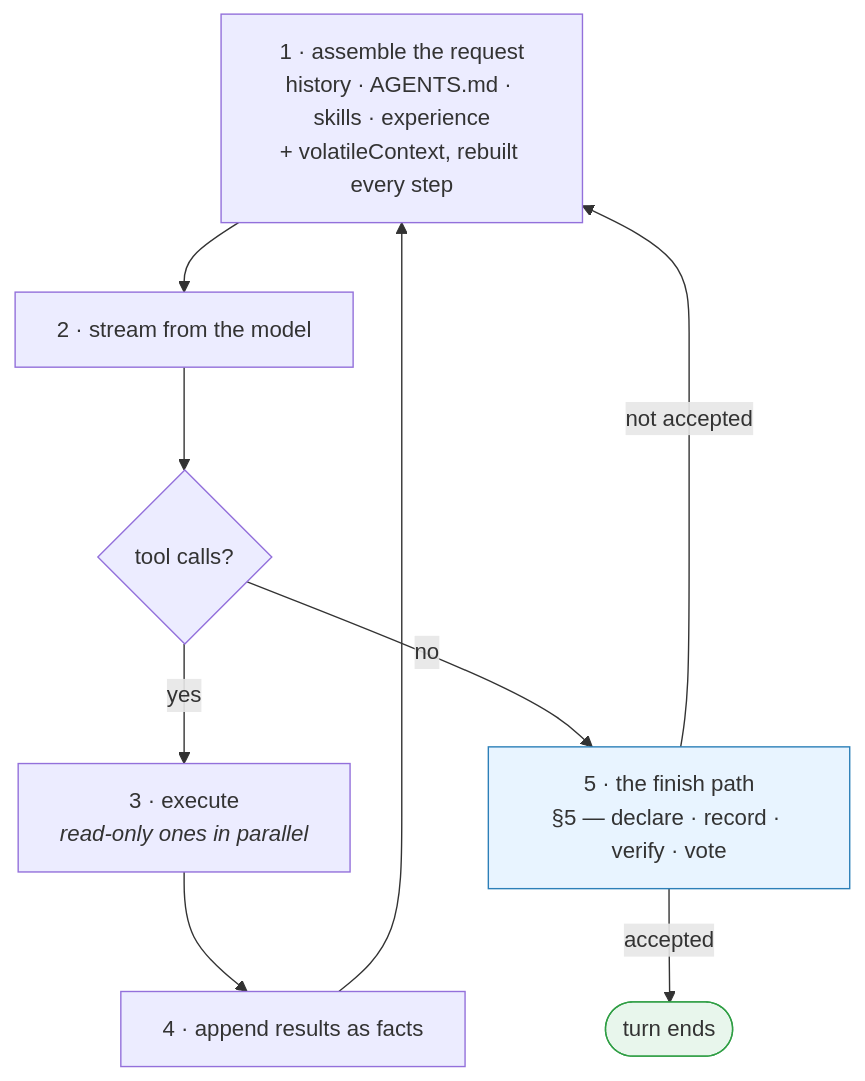
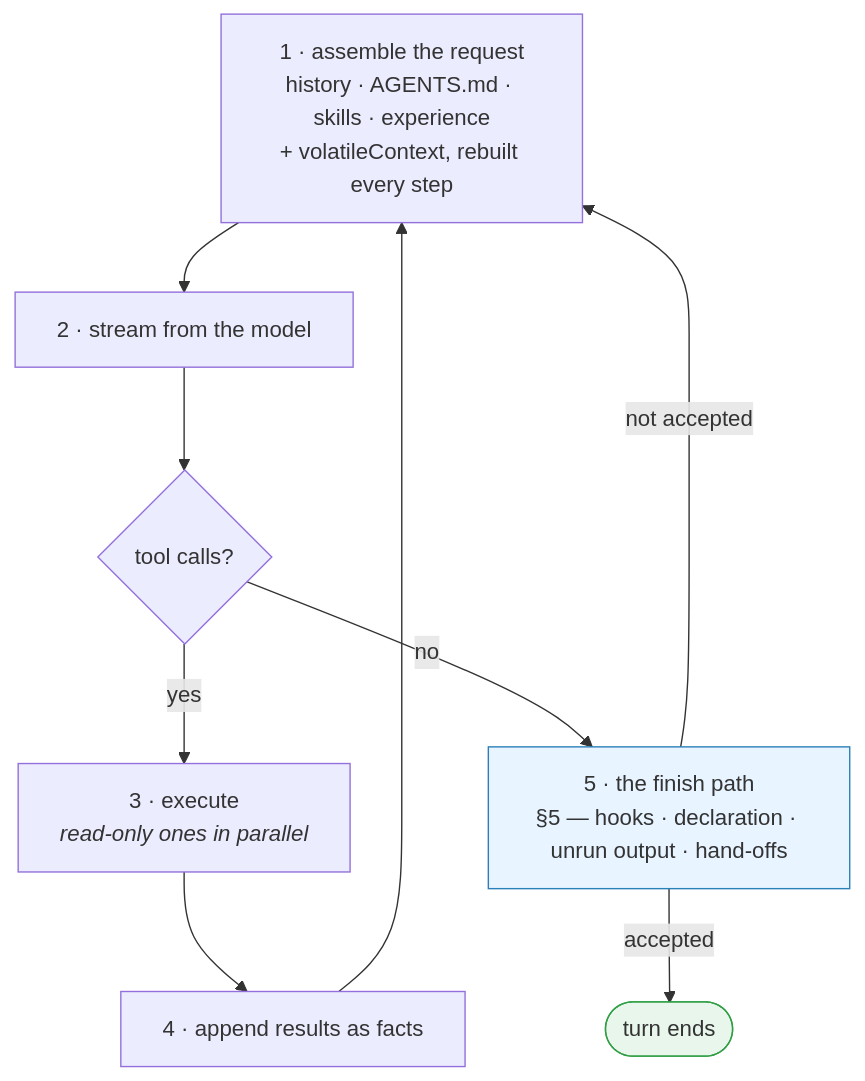
Before and after one commit to sayaya1090/magi: the fourth of 6 diagrams in docs/ARCHITECTURE.md, drawn with Mermaid. The commit also changed other lines of this file and 15 other files, not shown here.

````diff
--- a/docs/ARCHITECTURE.md
+++ b/docs/ARCHITECTURE.md
@@ -502,12 +502,12 @@
 ```mermaid
 flowchart TD
     A[1 · assemble the request<br/>history · AGENTS.md · skills · experience<br/>+ volatileContext, rebuilt every step] --> B[2 · stream from the model]
     B --> C{tool calls?}
     C -->|yes| D[3 · execute<br/><i>read-only ones in parallel</i>] --> E[4 · append results as facts] --> A
-    C -->|no| F[5 · the finish path<br/>§5 — declare · record · verify · vote]
+    C -->|no| F[5 · the finish path<br/>§5 — hooks · declaration · unrun output · hand-offs]
     F -->|not accepted| A
     F -->|accepted| G([turn ends])
 
     style G fill:#e8f6ec,stroke:#2f9e44
     style F fill:#e8f4ff,stroke:#2c7fb8
 ```
````
